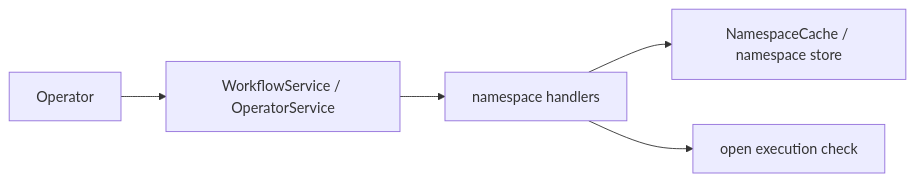
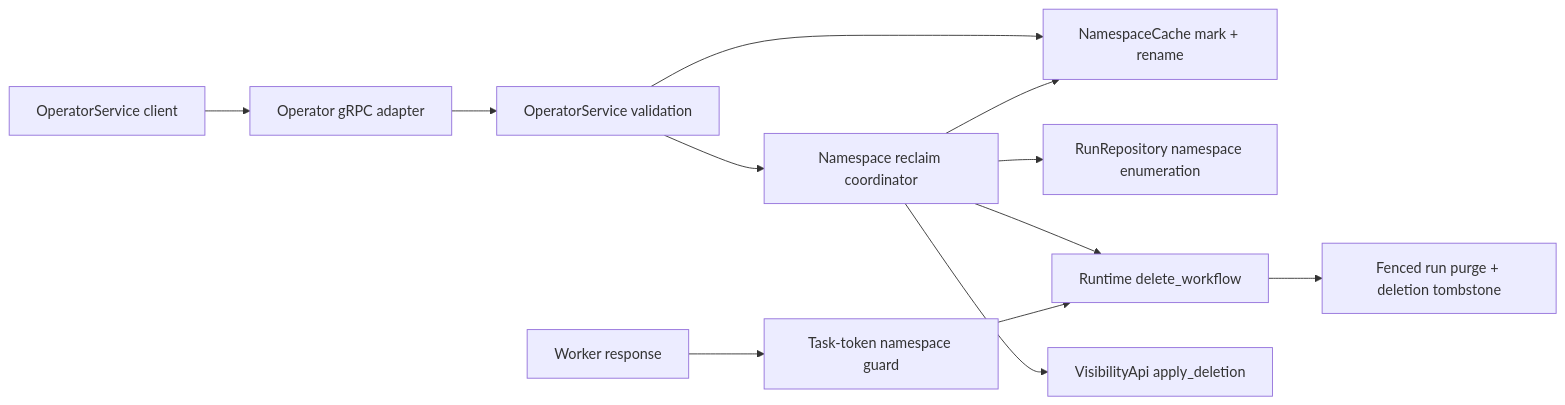
The diagram in .kiro/specs/api-conformance-namespace-full/design.md (tokeira/tokeira), drawn with Mermaid before and after one commit. The commit also changed other lines of this file and 20 other files, not shown here.

````diff
--- a/.kiro/specs/api-conformance-namespace-full/design.md
+++ b/.kiro/specs/api-conformance-namespace-full/design.md
@@ -23,7 +43,15 @@
 ```mermaid
 flowchart LR
-    Operator --> Grpc["WorkflowService / OperatorService"]
-    Grpc --> Edge["namespace handlers"]
-    Edge --> Store["NamespaceCache / namespace store"]
-    Edge --> Visibility["open execution check"]
+    Client["OperatorService client"] --> Grpc["Operator gRPC adapter"]
+    Grpc --> Edge["OperatorService validation"]
+    Edge --> Registry["NamespaceCache mark + rename"]
+    Edge --> Job["Namespace reclaim coordinator"]
+    Job --> Repo["RunRepository namespace enumeration"]
+    Job --> Runtime["Runtime delete_workflow"]
+    Runtime --> Store["Fenced run purge + deletion tombstone"]
+    Job --> Visibility["VisibilityApi apply_deletion"]
+    Job --> Registry
+
+    Worker["Worker response"] --> Guard["Task-token namespace guard"]
+    Guard --> Runtime
 ```
````
